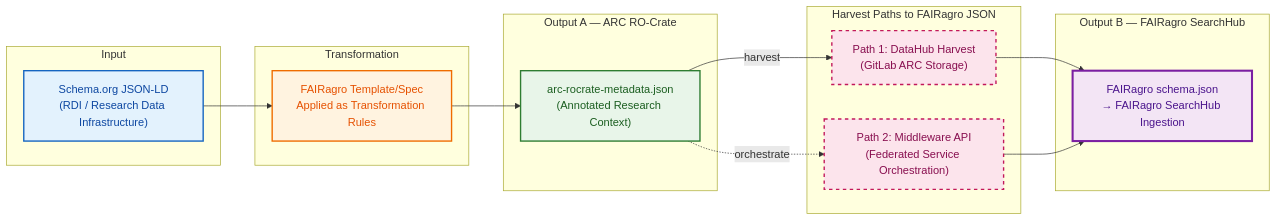
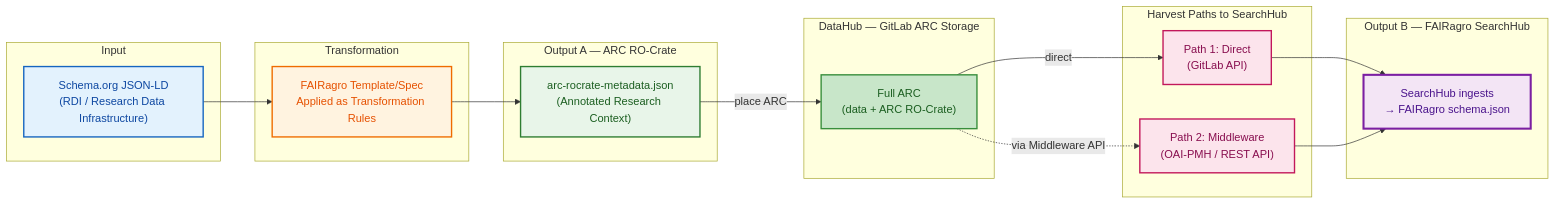
One commit to jorgitogb/fairweaver changed the first of 6 diagrams in docs/slides/fairst-workflow-slides.md. Above: the diagram before and after it, drawn with Mermaid. The commit also changed other lines of this file and 11 other files, not shown here.

````diff
--- a/docs/slides/fairst-workflow-slides.md
+++ b/docs/slides/fairst-workflow-slides.md
@@ -7,42 +7,49 @@
 ```mermaid
 flowchart LR
     subgraph INPUT["Input"]
         I["Schema.org JSON-LD<br/>(RDI / Research Data Infrastructure)"]
     end
 
     subgraph TRANSFORM["Transformation"]
         T["FAIRagro Template/Spec<br/>Applied as Transformation Rules"]
     end
 
     subgraph OUTPUT_A["Output A — ARC RO-Crate"]
         A["arc-rocrate-metadata.json<br/>(Annotated Research Context)"]
     end
 
-    subgraph HARVEST["Harvest Paths to FAIRagro JSON"]
-        H1["Path 1: DataHub Harvest<br/>(GitLab ARC Storage)"]
-        H2["Path 2: Middleware API<br/>(Federated Service Orchestration)"]
+    subgraph DATAHUB["DataHub — GitLab ARC Storage"]
+        DH["Full ARC<br/>(data + ARC RO-Crate)"]
+    end
+
+    subgraph HARVEST["Harvest Paths to SearchHub"]
+        H1["Path 1: Direct<br/>(GitLab API)"]
+        H2["Path 2: Middleware<br/>(OAI-PMH / REST API)"]
     end
 
     subgraph OUTPUT_B["Output B — FAIRagro SearchHub"]
-        B["FAIRagro schema.json<br/>→ FAIRagro SearchHub Ingestion"]
+        B["SearchHub ingests<br/>→ FAIRagro schema.json"]
     end
 
     I --> T
     T --> A
-    A -->|harvest| H1
-    A -.->|orchestrate| H2
+    A -->|place ARC| DH
+    DH -->|direct| H1
+    DH -.->|via Middleware API| H2
     H1 --> B
     H2 --> B
 
     classDef in fill:#e3f2fd,stroke:#1565c0,stroke-width:2px,color:#0d47a1
     classDef trans fill:#fff3e0,stroke:#ef6c00,stroke-width:2px,color:#e65100
     classDef outa fill:#e8f5e9,stroke:#2e7d32,stroke-width:2px,color:#1b5e20
-    classDef harvest fill:#fce4ec,stroke:#c2185b,stroke-width:2px,stroke-dasharray: 5 5,color:#880e4f
+    classDef datahub fill:#c8e6c9,stroke:#388e3c,stroke-width:2px,color:#1b5e20
+    classDef harvest fill:#fce4ec,stroke:#c2185b,stroke-width:2px,color:#880e4f
     classDef outb fill:#f3e5f5,stroke:#7b1fa2,stroke-width:3px,color:#4a148c
 
     class I in
     class T trans
     class A outa
+    class DH datahub
     class H1,H2 harvest
     class B outb
 ```
````
